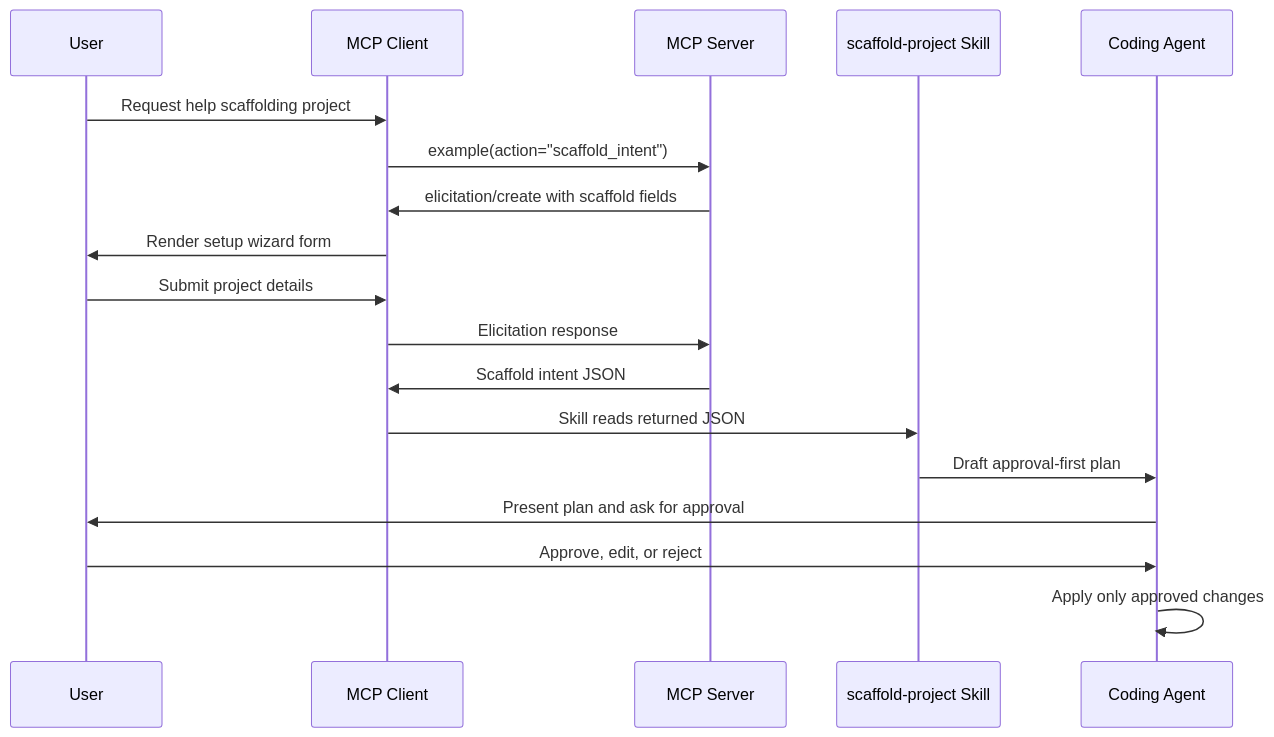
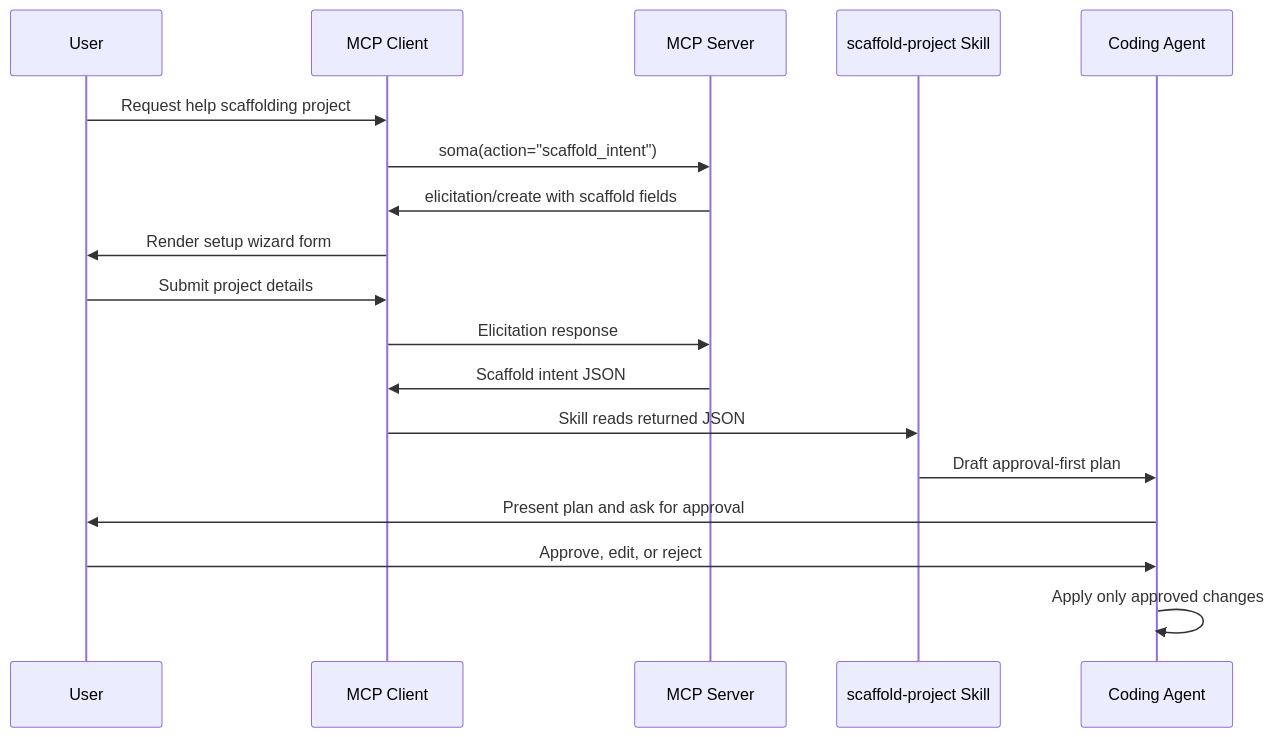
Before and after one commit to jmagar/soma: the diagram in docs/specs/scaffold-intent-handoff.md, drawn with Mermaid. The commit also changed other lines of this file and 525 other files, not shown here.

````diff
--- a/docs/specs/scaffold-intent-handoff.md
+++ b/docs/specs/scaffold-intent-handoff.md
@@ -43,21 +43,21 @@
 ```mermaid
 sequenceDiagram
     participant U as User
     participant C as MCP Client
     participant S as MCP Server
     participant K as scaffold-project Skill
     participant A as Coding Agent
 
     U->>C: Request help scaffolding project
-    C->>S: example(action="scaffold_intent")
+    C->>S: soma(action="scaffold_intent")
     S->>C: elicitation/create with scaffold fields
     C->>U: Render setup wizard form
     U->>C: Submit project details
     C->>S: Elicitation response
     S->>C: Scaffold intent JSON
     C->>K: Skill reads returned JSON
     K->>A: Draft approval-first plan
     A->>U: Present plan and ask for approval
     U->>A: Approve, edit, or reject
     A->>A: Apply only approved changes
 ```
````
